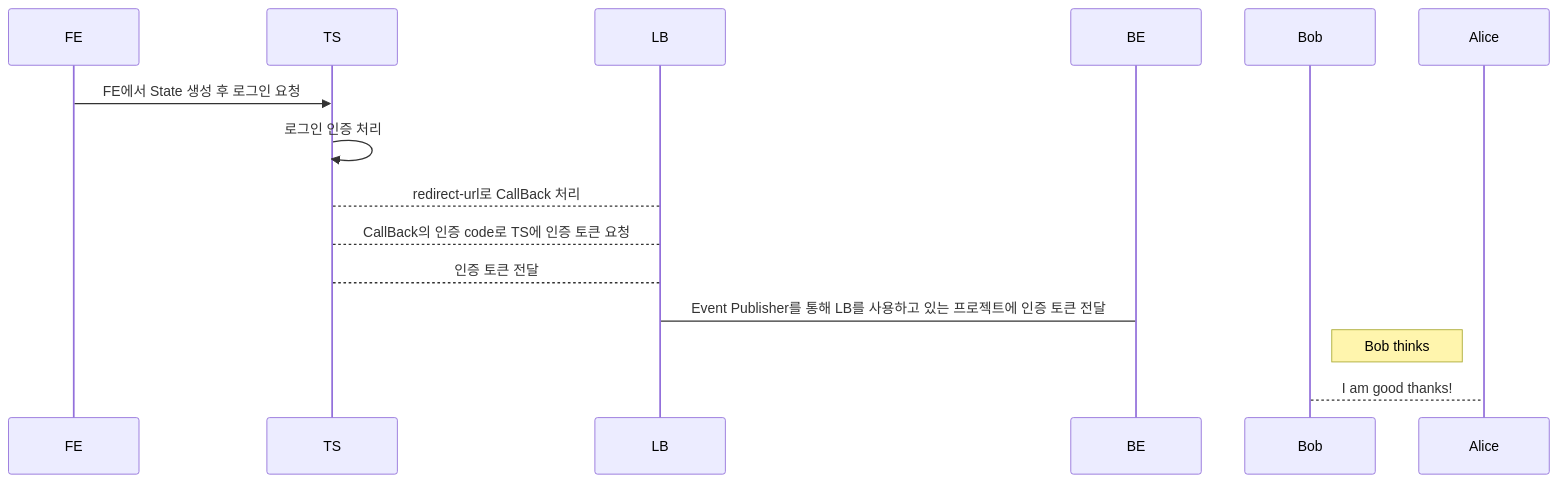
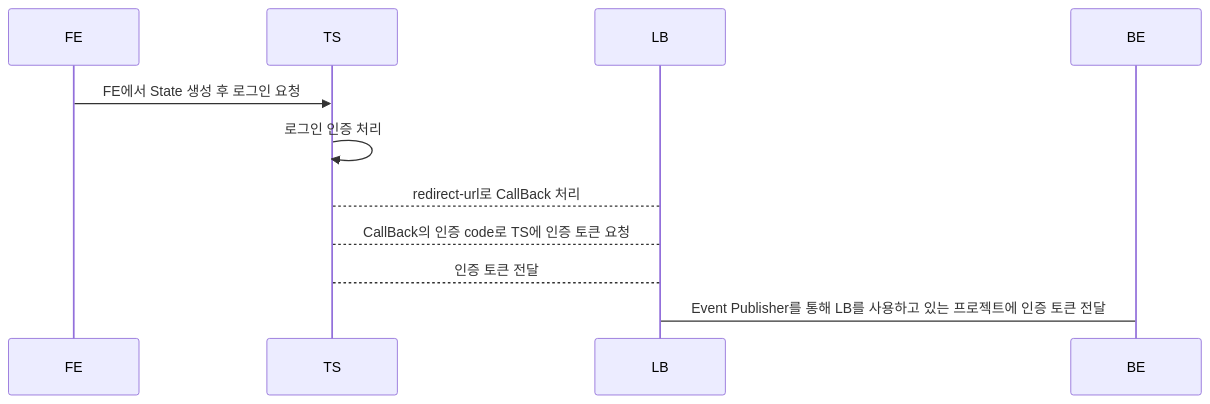
Before and after one commit to SpadeJJJ/oauth_rebuild: the diagram in README.md, drawn with Mermaid. The commit also changed other lines of this file, not shown here.

````diff
--- a/README.md
+++ b/README.md
@@ -15,12 +15,9 @@
 ```mermaid
 sequenceDiagram
 FE ->> TS: FE에서 State 생성 후 로그인 요청
 TS ->> TS : 로그인 인증 처리
 TS --> LB : redirect-url로 CallBack 처리
 LB --> TS : CallBack의 인증 code로 TS에 인증 토큰 요청
 TS --> LB : 인증 토큰 전달
 LB -> BE : Event Publisher를 통해 LB를 사용하고 있는 프로젝트에 인증 토큰 전달
-
-Note right of Bob: Bob thinks
-Bob-->Alice: I am good thanks!
 ```
````
